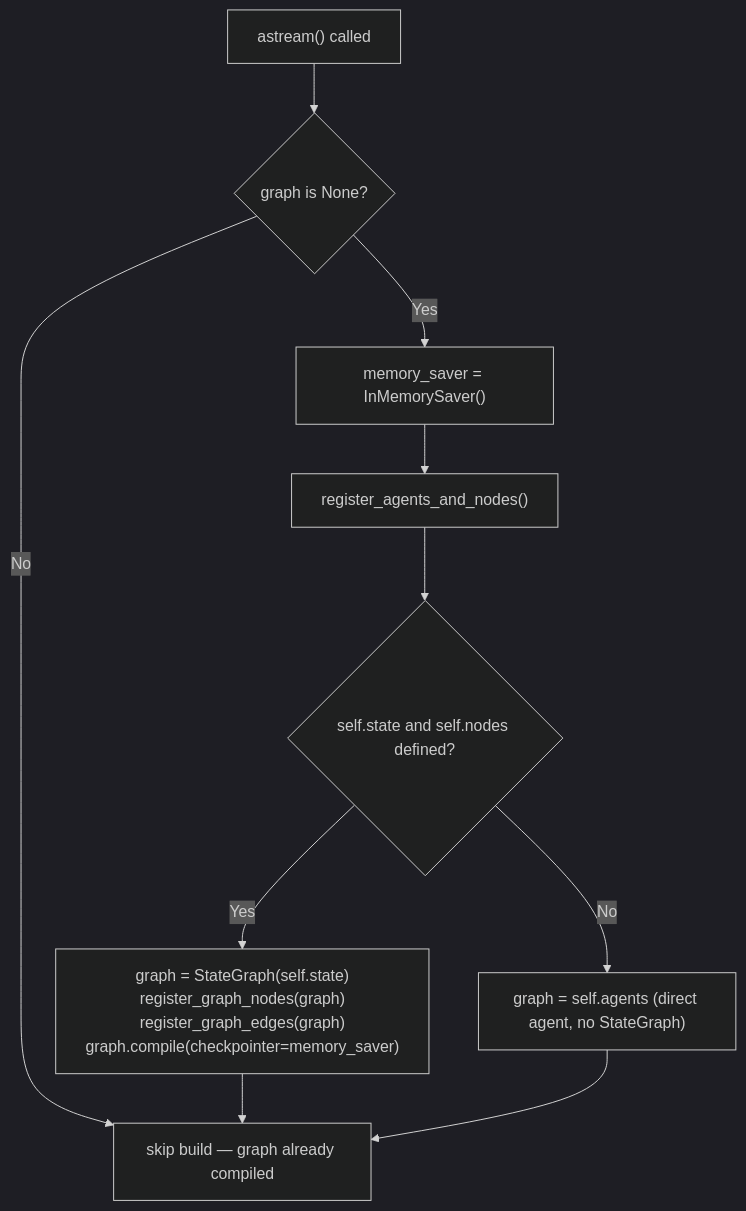
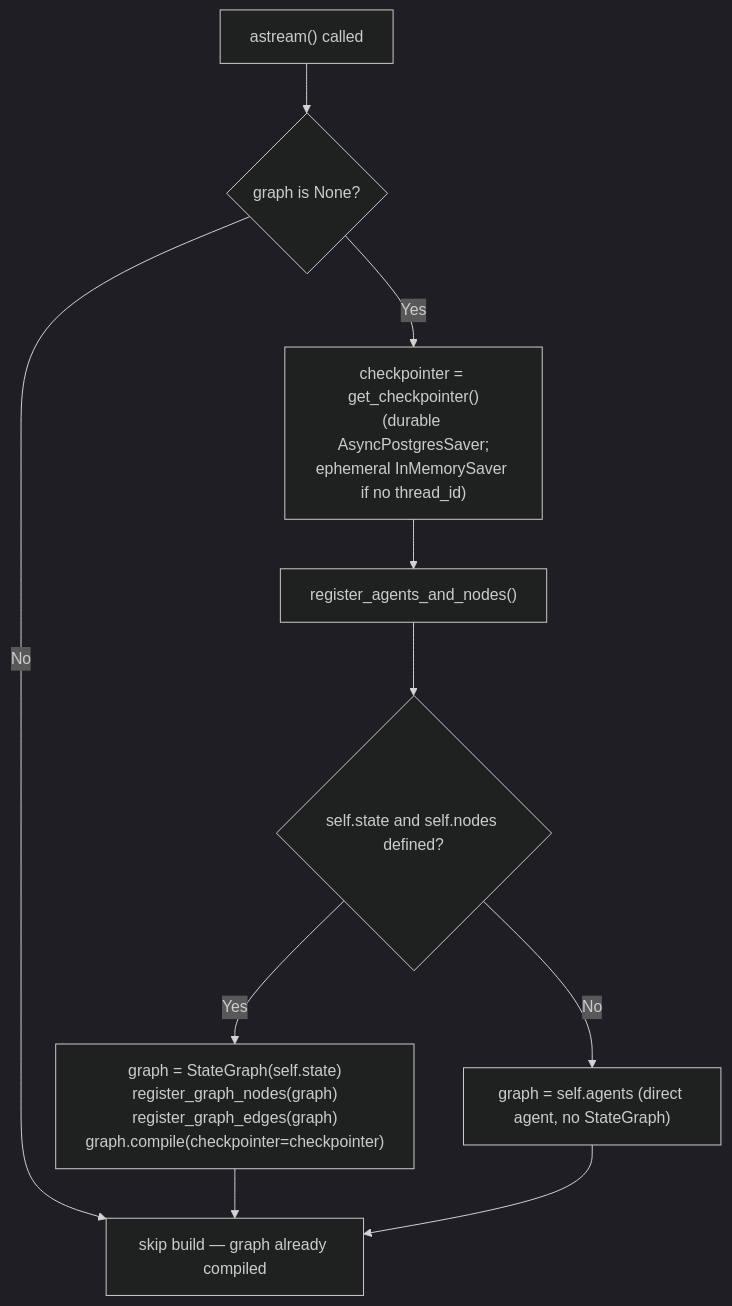
Before and after one commit to konstantinosmpouros/mAgenticX: the fourth of 5 diagrams in docs/development/agent-development.md, drawn with Mermaid (dark theme). The commit also changed other lines of this file and 39 other files, not shown here.

Commit message:
Durable Postgres checkpointer: delta inference, per-branch threads, attachments

````diff
--- a/docs/development/agent-development.md
+++ b/docs/development/agent-development.md
@@ -653,11 +662,11 @@
 ```mermaid
 flowchart TD
     A["astream() called"] --> B{graph is None?}
     B -->|No| C["skip build — graph already compiled"]
-    B -->|Yes| D["memory_saver = InMemorySaver()"]
+    B -->|Yes| D["checkpointer = get_checkpointer()\n(durable AsyncPostgresSaver;\nephemeral InMemorySaver if no thread_id)"]
     D --> E["register_agents_and_nodes()"]
     E --> F{self.state and self.nodes defined?}
-    F -->|Yes| G["graph = StateGraph(self.state)\nregister_graph_nodes(graph)\nregister_graph_edges(graph)\ngraph.compile(checkpointer=memory_saver)"]
+    F -->|Yes| G["graph = StateGraph(self.state)\nregister_graph_nodes(graph)\nregister_graph_edges(graph)\ngraph.compile(checkpointer=checkpointer)"]
     F -->|No| H["graph = self.agents (direct agent, no StateGraph)"]
     G & H --> C
 ```
````
